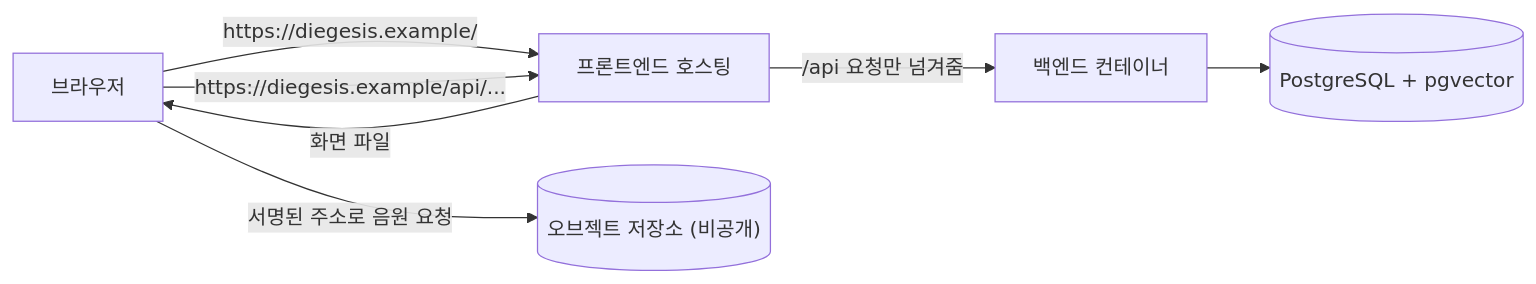
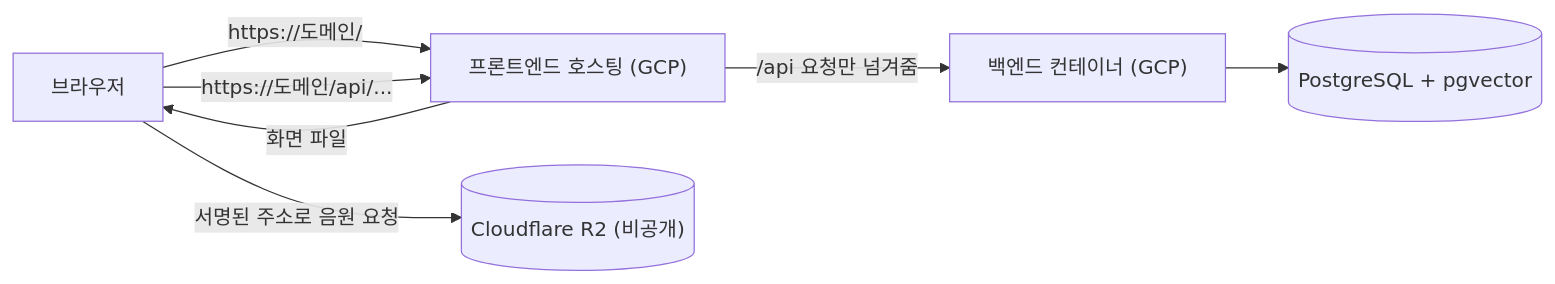
The first of 2 diagrams in docs/INFRA.md (diegesis-labs/BE), drawn with Mermaid before and after one commit. The commit also changed other lines of this file and 11 other files, not shown here.

````diff
--- a/docs/INFRA.md
+++ b/docs/INFRA.md
@@ -48,9 +42,9 @@
 ```mermaid
 flowchart LR
-  U["브라우저"] -- "https://diegesis.example/" --> H["프론트엔드 호스팅"]
+  U["브라우저"] -- "https://도메인/" --> H["프론트엔드 호스팅 (GCP)"]
   H -- "화면 파일" --> U
-  U -- "https://diegesis.example/api/..." --> H
-  H -- "/api 요청만 넘겨줌" --> BE["백엔드 컨테이너"]
+  U -- "https://도메인/api/..." --> H
+  H -- "/api 요청만 넘겨줌" --> BE["백엔드 컨테이너 (GCP)"]
   BE --> DB[("PostgreSQL + pgvector")]
-  U -- "서명된 주소로 음원 요청" --> OS[("오브젝트 저장소 (비공개)")]
+  U -- "서명된 주소로 음원 요청" --> OS[("Cloudflare R2 (비공개)")]
 ```
````
